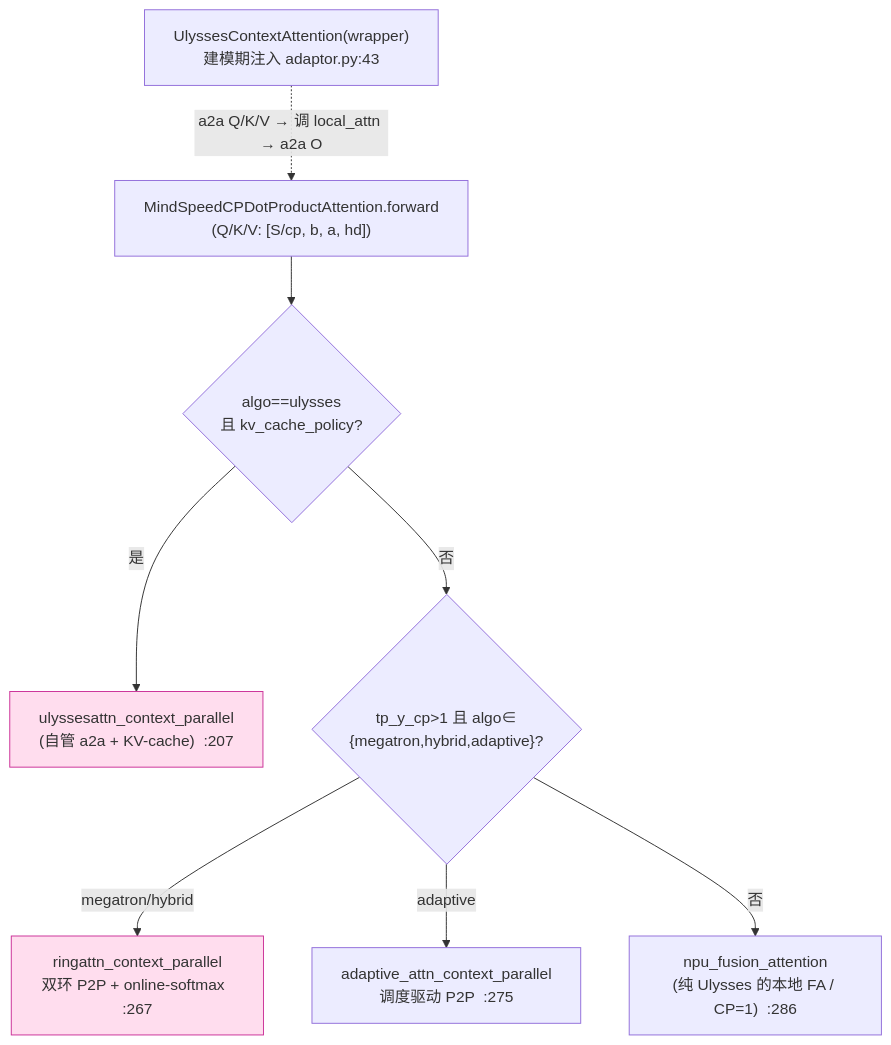
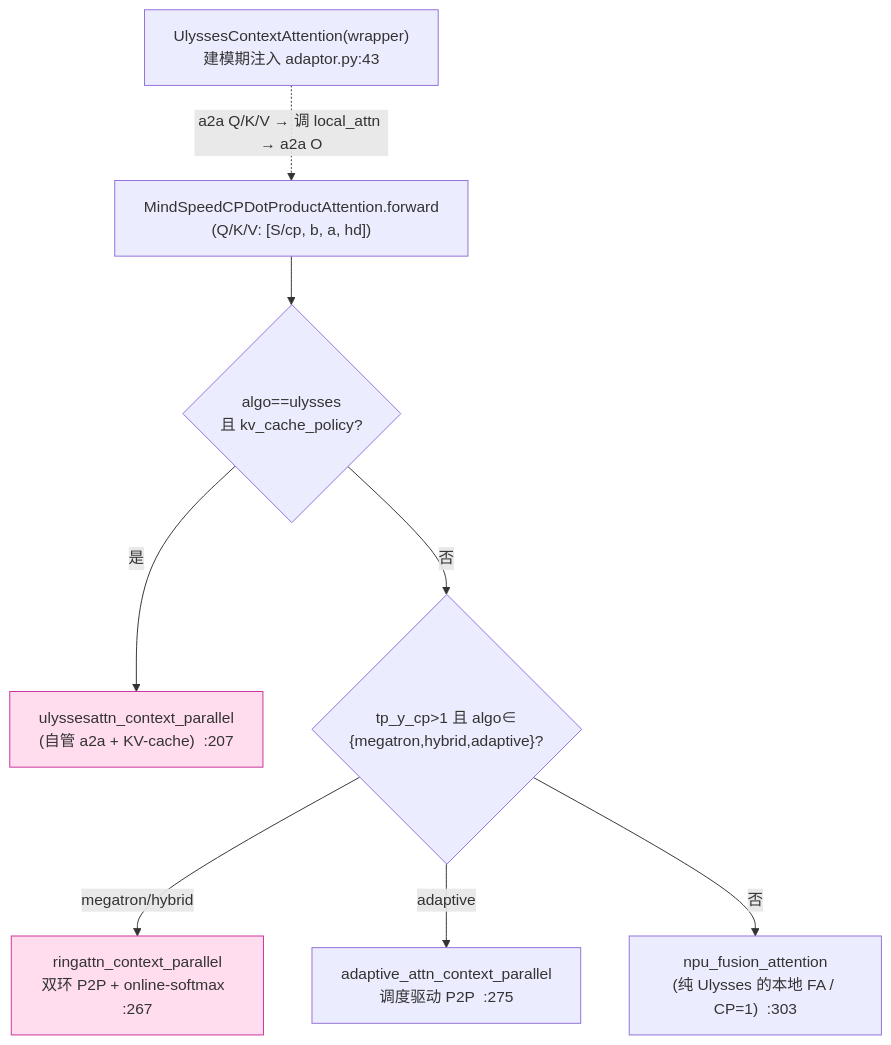
One commit to suhaibo666/llm-knowledge changed the diagram in wiki/02_engineering/02_train_frameworks/mindspeed/mindspeed_context_parallel_analysis.md. Above: the diagram before and after it, drawn with Mermaid. The commit also changed other lines of this file and 4 other files, not shown here.

First line of the commit message:
wiki(mindspeed): 5 篇按「每特性四件套」再深挖（图示+优化点 callout+源码）

````diff
--- a/wiki/02_engineering/02_train_frameworks/mindspeed/mindspeed_context_parallel_analysis.md
+++ b/wiki/02_engineering/02_train_frameworks/mindspeed/mindspeed_context_parallel_analysis.md
@@ -47,13 +49,13 @@
 ```mermaid
 flowchart TB
     IN["MindSpeedCPDotProductAttention.forward<br/>(Q/K/V: [S/cp, b, a, hd])"]
     IN --> Q1{"algo==ulysses<br/>且 kv_cache_policy?"}
     Q1 -->|是| U2["ulyssesattn_context_parallel<br/>(自管 a2a + KV-cache)  :207"]
     Q1 -->|否| Q2{"tp_y_cp>1 且 algo∈<br/>{megatron,hybrid,adaptive}?"}
     Q2 -->|megatron/hybrid| R["ringattn_context_parallel<br/>双环 P2P + online-softmax  :267"]
     Q2 -->|adaptive| AD["adaptive_attn_context_parallel<br/>调度驱动 P2P  :275"]
-    Q2 -->|否| FA["npu_fusion_attention<br/>(纯 Ulysses 的本地 FA / CP=1)  :286"]
+    Q2 -->|否| FA["npu_fusion_attention<br/>(纯 Ulysses 的本地 FA / CP=1)  :303"]
     WR["UlyssesContextAttention(wrapper)<br/>建模期注入 adaptor.py:43"] -.->|"a2a Q/K/V → 调 local_attn → a2a O"| IN
     classDef hot fill:#fde,stroke:#c39
     class R,U2 hot
 ```
````
